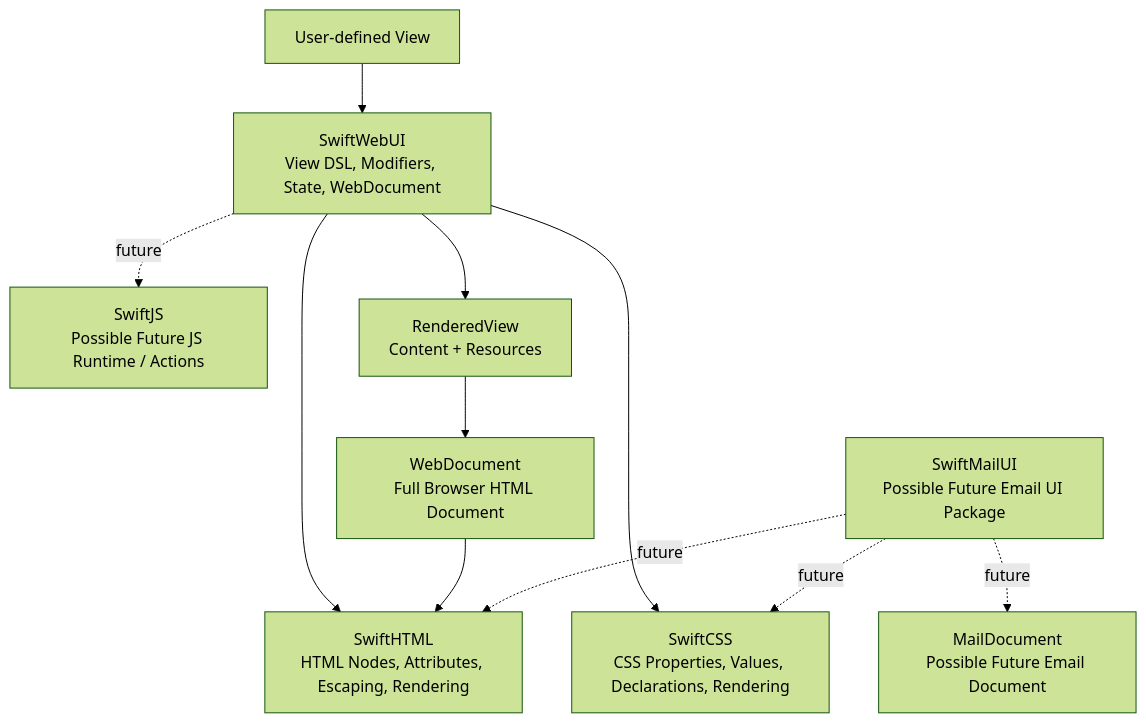
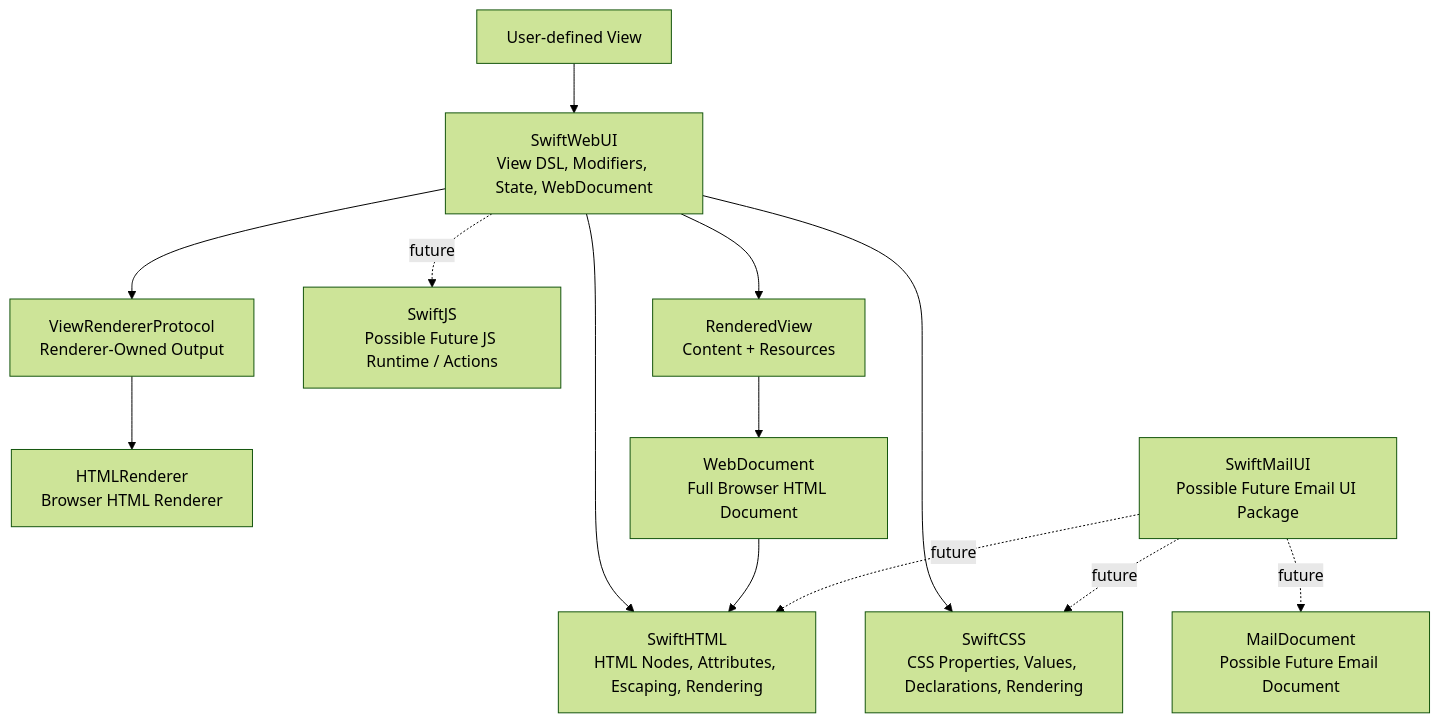
The diagram in ARCHITECTURE.md (NVMNovem/swift-web-ui), drawn with Mermaid (forest theme) before and after one commit. The commit also changed other lines of this file and 7 other files, not shown here.

First line of the commit message:
Introduce ViewRendererProtocol as public renderer boundary

````diff
--- a/ARCHITECTURE.md
+++ b/ARCHITECTURE.md
@@ -19,34 +19,40 @@
 ```mermaid
 flowchart TD
     UserView["User-defined View"]
 
     SwiftWebUI["SwiftWebUI<br/>View DSL, Modifiers, State, WebDocument"]
+
+    ViewRendererProtocol["ViewRendererProtocol<br/>Renderer-Owned Output"]
+
+    HTMLRenderer["HTMLRenderer<br/>Browser HTML Renderer"]
 
     SwiftHTML["SwiftHTML<br/>HTML Nodes, Attributes, Escaping, Rendering"]
 
     SwiftCSS["SwiftCSS<br/>CSS Properties, Values, Declarations, Rendering"]
 
     SwiftJS["SwiftJS<br/>Possible Future JS Runtime / Actions"]
 
     RenderedView["RenderedView<br/>Content + Resources"]
 
     WebDocument["WebDocument<br/>Full Browser HTML Document"]
 
     SwiftMailUI["SwiftMailUI<br/>Possible Future Email UI Package"]
 
     MailDocument["MailDocument<br/>Possible Future Email Document"]
 
     UserView --> SwiftWebUI
 
+    SwiftWebUI --> ViewRendererProtocol
+    ViewRendererProtocol --> HTMLRenderer
     SwiftWebUI --> SwiftHTML
     SwiftWebUI --> SwiftCSS
     SwiftWebUI -. future .-> SwiftJS
 
     SwiftWebUI --> RenderedView
     RenderedView --> WebDocument
     WebDocument --> SwiftHTML
 
     SwiftMailUI -. future .-> SwiftHTML
     SwiftMailUI -. future .-> SwiftCSS
     SwiftMailUI -. future .-> MailDocument
 ```
````
